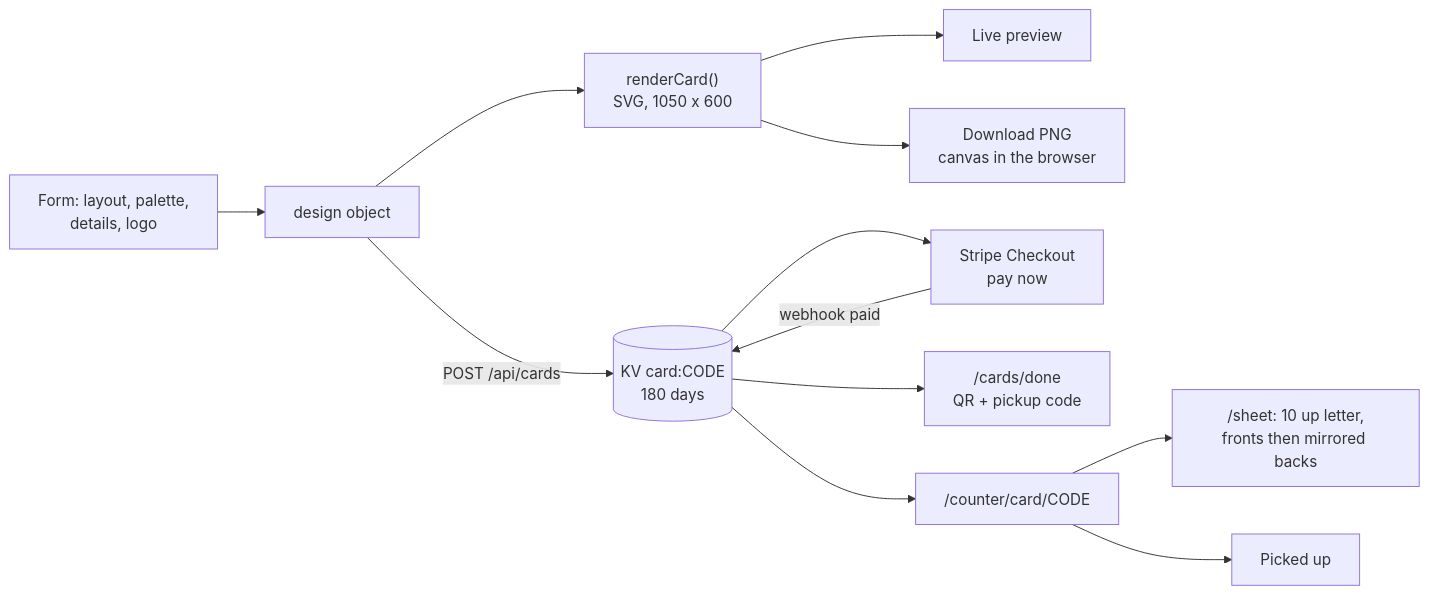
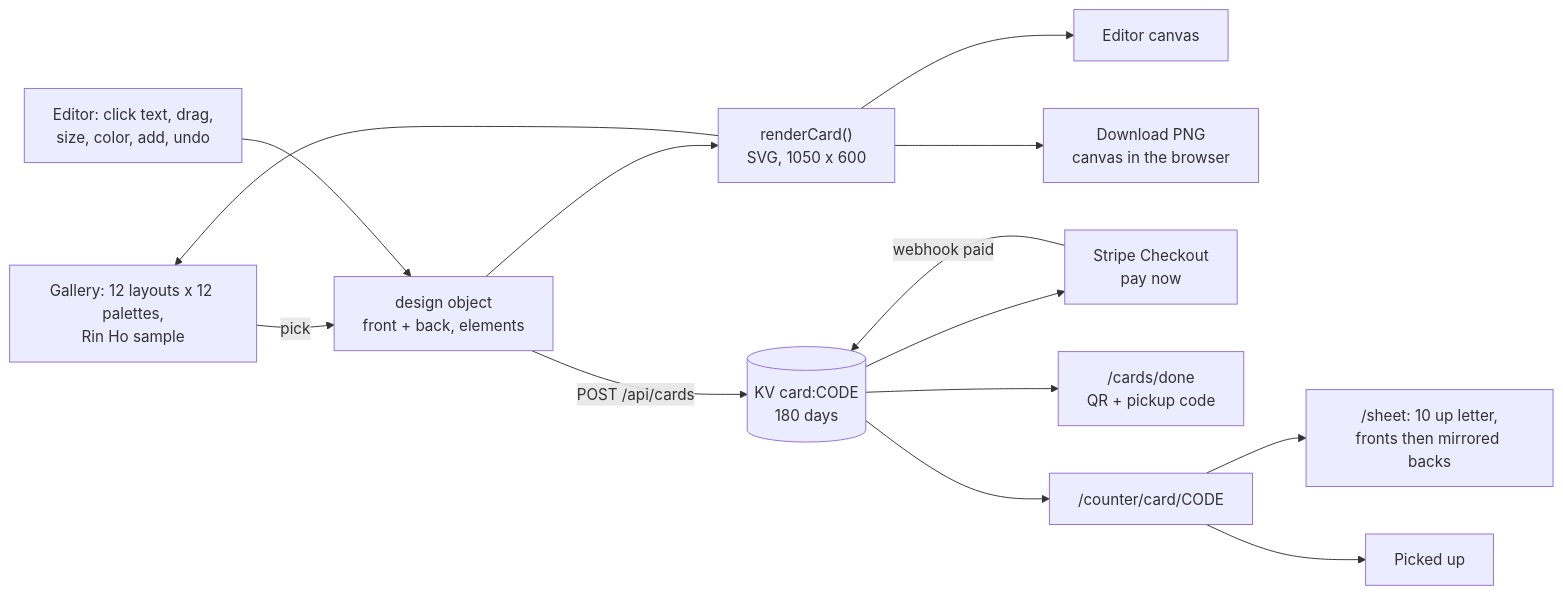
The second of 2 diagrams in site/README.md (wbp318/goin-postal-forsythe), drawn with Mermaid before and after one commit. The commit also changed other lines of this file and 5 other files, not shown here.

First line of the commit message:
Site: Vistaprint-style card editor, 12 layouts x 12 colors, click-to-edit canvas

````diff
--- a/site/README.md
+++ b/site/README.md
@@ -51,14 +51,16 @@
 ```mermaid
 flowchart LR
-  F["Form: layout, palette,<br/>details, logo"] --> D["design object"]
+  G["Gallery: 12 layouts x 12 palettes,<br/>Rin Ho sample"] -->|pick| D["design object<br/>front + back, elements"]
+  E["Editor: click text, drag,<br/>size, color, add, undo"] --> D
   D --> P["renderCard()<br/>SVG, 1050 x 600"]
-  P --> V["Live preview"]
+  P --> G
+  P --> V["Editor canvas"]
   P --> PNG["Download PNG<br/>canvas in the browser"]
   D -->|POST /api/cards| KV[("KV card:CODE<br/>180 days")]
   KV --> ST["Stripe Checkout<br/>pay now"]
   ST -->|webhook paid| KV
   KV --> DONE["/cards/done<br/>QR + pickup code"]
   KV --> K["/counter/card/CODE"]
   K --> SH["/sheet: 10 up letter,<br/>fronts then mirrored backs"]
   K --> PU["Picked up"]
 ```
````
